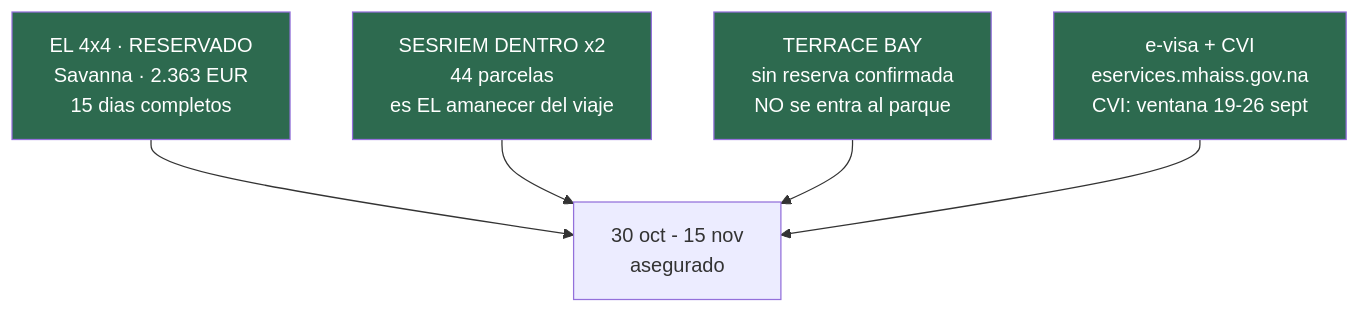
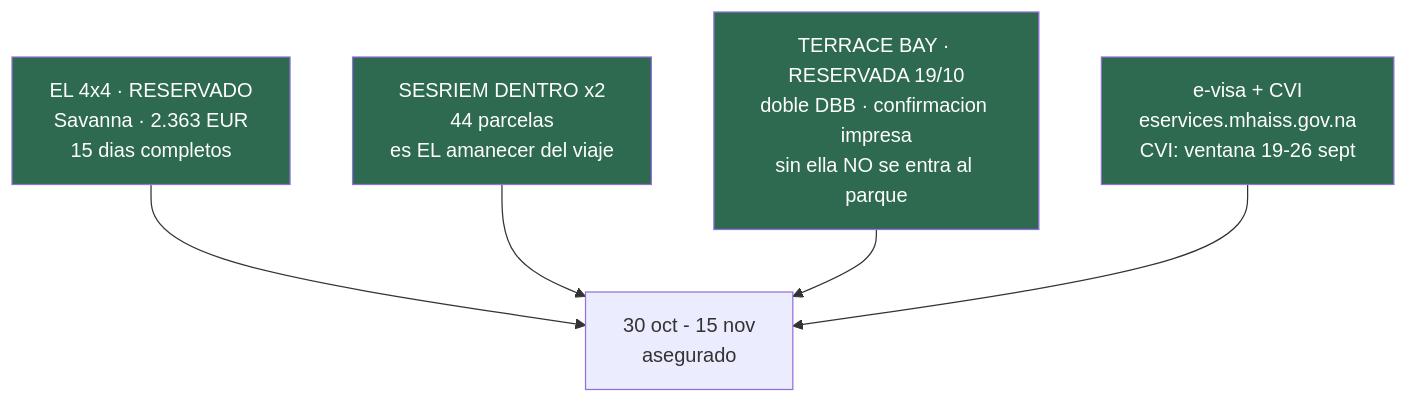
One commit to morandeirachema/namibia changed the fourth of 6 diagrams in README.md. Above: the diagram before and after it, drawn with Mermaid. The commit also changed other lines of this file and 22 other files, not shown here.

````diff
--- a/README.md
+++ b/README.md
@@ -520,15 +526,15 @@
 ```mermaid
 flowchart TD
     A["EL 4x4 · RESERVADO<br/>Savanna · 2.363 EUR<br/>15 dias completos"]
     B["SESRIEM DENTRO x2<br/>44 parcelas<br/>es EL amanecer del viaje"]
-    C["TERRACE BAY<br/>sin reserva confirmada<br/>NO se entra al parque"]
+    C["TERRACE BAY · RESERVADA 19/10<br/>doble DBB · confirmacion impresa<br/>sin ella NO se entra al parque"]
     D["e-visa + CVI<br/>eservices.mhaiss.gov.na<br/>CVI: ventana 19-26 sept"]
     A --> E["30 oct - 15 nov<br/>asegurado"]
     B --> E
     C --> E
     D --> E
     style A fill:#2d6a4f,color:#fff
     style B fill:#2d6a4f,color:#fff
     style C fill:#2d6a4f,color:#fff
     style D fill:#2d6a4f,color:#fff
 ```
````
